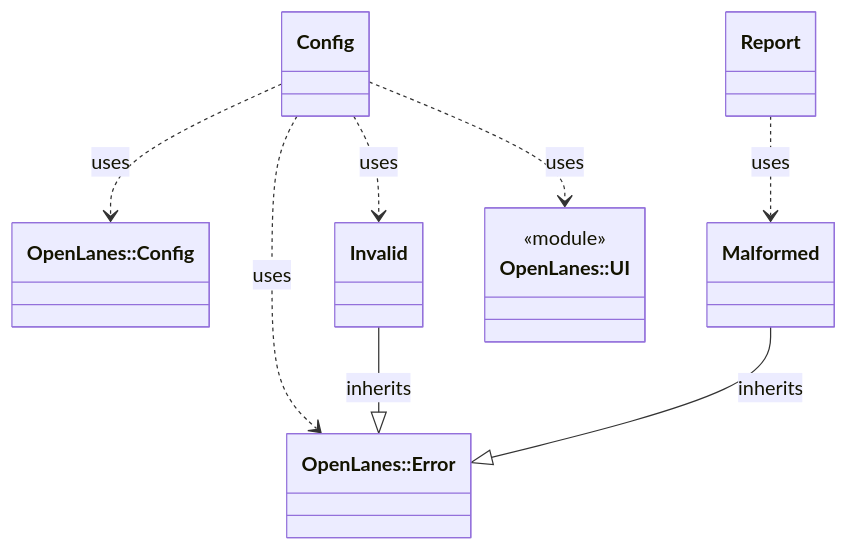
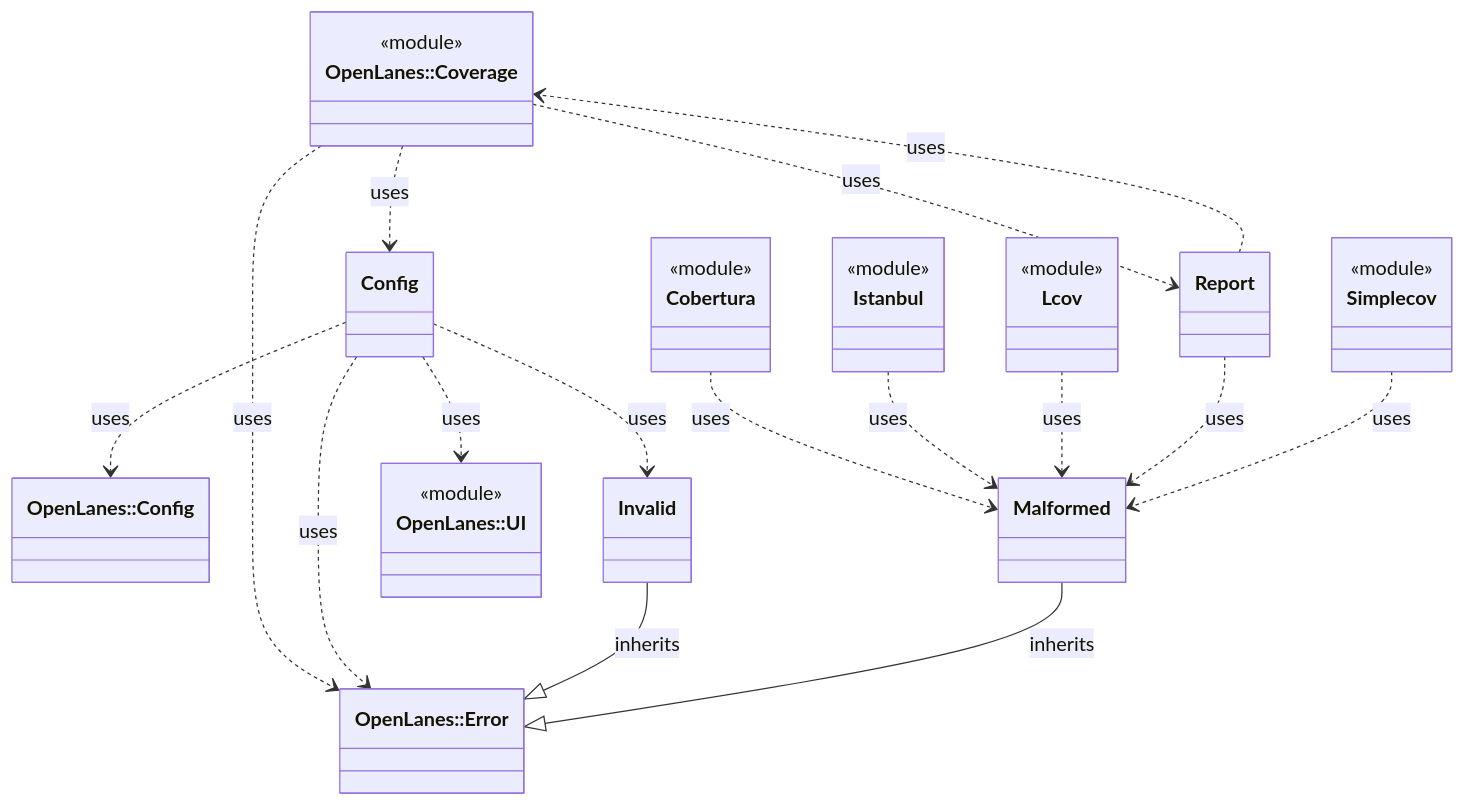
Before and after one commit to kigster/openlanes: the diagram in docs/architecture/openlanes-coverage.md, drawn with Mermaid. The commit also changed 33 other files, not shown here.

````diff
--- a/docs/architecture/openlanes-coverage.md
+++ b/docs/architecture/openlanes-coverage.md
@@ -5,18 +5,36 @@
 ```mermaid
 classDiagram
   class OpenLanes__Config["OpenLanes::Config"]
+  class OpenLanes__Coverage["OpenLanes::Coverage"]
+  <<module>> OpenLanes__Coverage
+  class OpenLanes__Coverage__Cobertura["Cobertura"]
+  <<module>> OpenLanes__Coverage__Cobertura
   class OpenLanes__Coverage__Config["Config"]
   class OpenLanes__Coverage__Invalid["Invalid"]
+  class OpenLanes__Coverage__Istanbul["Istanbul"]
+  <<module>> OpenLanes__Coverage__Istanbul
+  class OpenLanes__Coverage__Lcov["Lcov"]
+  <<module>> OpenLanes__Coverage__Lcov
   class OpenLanes__Coverage__Malformed["Malformed"]
   class OpenLanes__Coverage__Report["Report"]
+  class OpenLanes__Coverage__Simplecov["Simplecov"]
+  <<module>> OpenLanes__Coverage__Simplecov
   class OpenLanes__Error["OpenLanes::Error"]
   class OpenLanes__UI["OpenLanes::UI"]
   <<module>> OpenLanes__UI
+  OpenLanes__Coverage ..> OpenLanes__Coverage__Config : uses
+  OpenLanes__Coverage ..> OpenLanes__Coverage__Report : uses
+  OpenLanes__Coverage ..> OpenLanes__Error : uses
+  OpenLanes__Coverage__Cobertura ..> OpenLanes__Coverage__Malformed : uses
   OpenLanes__Coverage__Config ..> OpenLanes__Config : uses
   OpenLanes__Coverage__Config ..> OpenLanes__Coverage__Invalid : uses
   OpenLanes__Coverage__Config ..> OpenLanes__Error : uses
   OpenLanes__Coverage__Config ..> OpenLanes__UI : uses
   OpenLanes__Coverage__Invalid --|> OpenLanes__Error : inherits
+  OpenLanes__Coverage__Istanbul ..> OpenLanes__Coverage__Malformed : uses
+  OpenLanes__Coverage__Lcov ..> OpenLanes__Coverage__Malformed : uses
   OpenLanes__Coverage__Malformed --|> OpenLanes__Error : inherits
+  OpenLanes__Coverage__Report ..> OpenLanes__Coverage : uses
   OpenLanes__Coverage__Report ..> OpenLanes__Coverage__Malformed : uses
+  OpenLanes__Coverage__Simplecov ..> OpenLanes__Coverage__Malformed : uses
 ```
````
